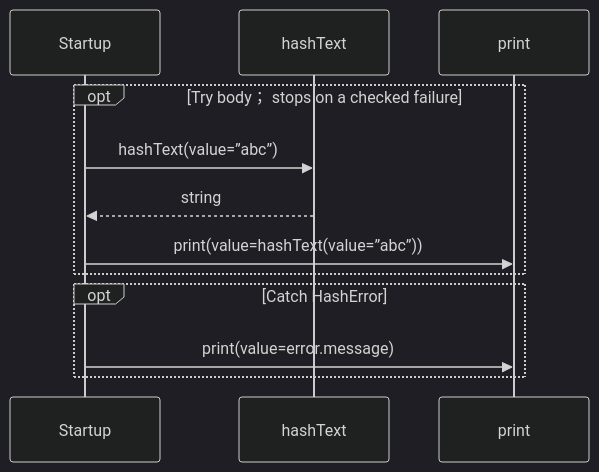
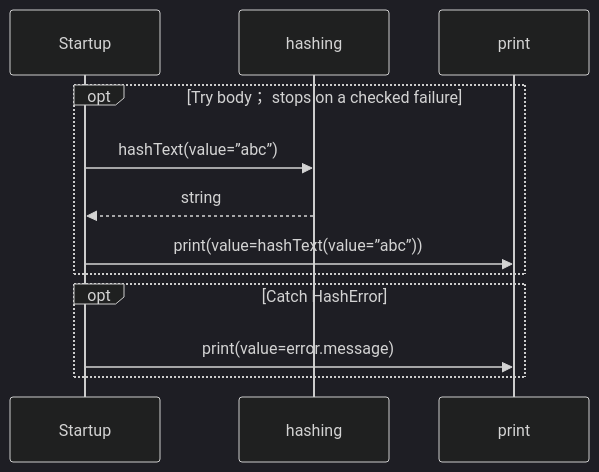
One commit to GreenPandaStudios/augscript changed the second of 2 diagrams in docs/examples/native-blake3/main-diagrams.md. Above: the diagram before and after it, drawn with Mermaid (dark theme). The commit also changed 200 other files, not shown here.

Commit message:
Group imported operations and wrap readable sequence messages

````diff
--- a/docs/examples/native-blake3/main-diagrams.md
+++ b/docs/examples/native-blake3/main-diagrams.md
@@ -39,14 +39,14 @@
 ```mermaid
 sequenceDiagram
     participant p0 as Startup
-    participant p1 as hashText
+    participant p1 as hashing
     participant p2 as print
     opt Try body； stops on a checked failure
     p0->>p1: hashText(value=”abc”)
     p1-->>p0: string
     p0->>p2: print(value=hashText(value=”abc”))
     end
     opt Catch HashError
     p0->>p2: print(value=error.message)
     end
 ```
````
